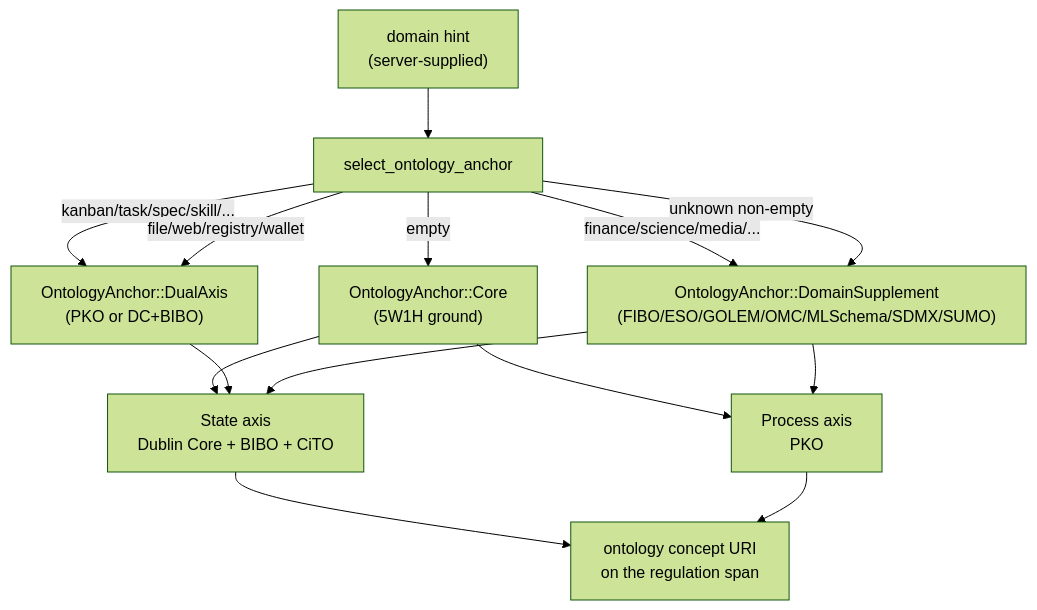
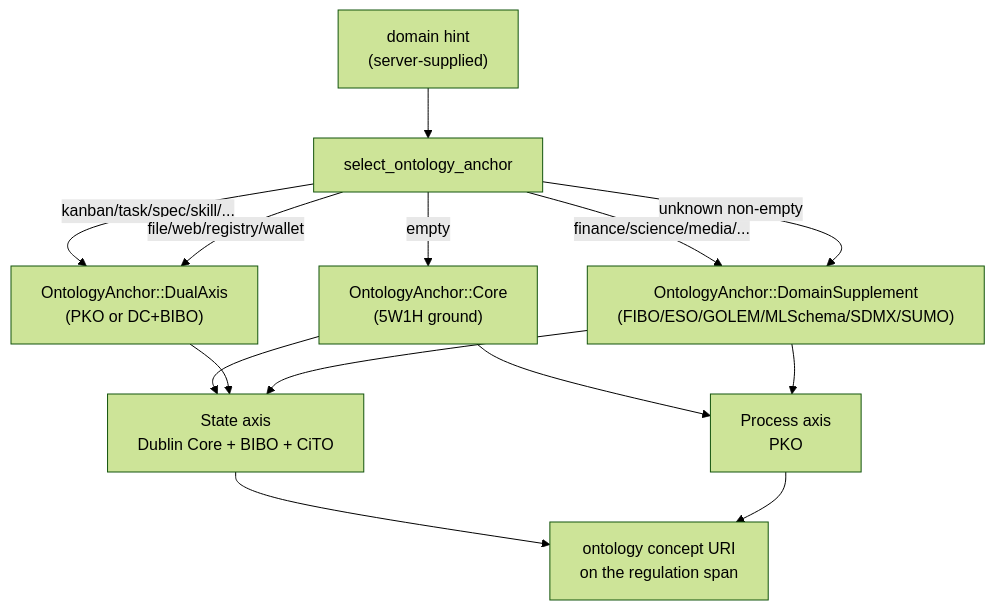
The diagram in kask/docs/diataxis/hkask-bridge-ontology/how-to.md (mdz-axo/zed-kask), drawn with Mermaid (forest theme) before and after one commit. The commit also changed other lines of this file and 22 other files, not shown here.

Commit message:
``` Remove OMC ontology and media widget, add condenser axis ```

````diff
--- a/kask/docs/diataxis/hkask-bridge-ontology/how-to.md
+++ b/kask/docs/diataxis/hkask-bridge-ontology/how-to.md
@@ -28,25 +28,25 @@
 ```mermaid
 graph TD
     Hint["domain hint<br/>(server-supplied)"]
     Sel["select_ontology_anchor"]
     Core["OntologyAnchor::Core<br/>(5W1H ground)"]
     Dual["OntologyAnchor::DualAxis<br/>(PKO or DC+BIBO)"]
-    Supp["OntologyAnchor::DomainSupplement<br/>(FIBO/ESO/GOLEM/OMC/MLSchema/SDMX/SUMO)"]
+    Supp["OntologyAnchor::DomainSupplement<br/>(FIBO/ESO/GOLEM/MLSchema/SDMX/SUMO)"]
     State["State axis<br/>Dublin Core + BIBO + CiTO"]
     Proc["Process axis<br/>PKO"]
     Tag["ontology concept URI<br/>on the regulation span"]
 
     Hint --> Sel
     Sel -->|"empty"| Core
     Sel -->|"kanban/task/spec/skill/..."| Dual
     Sel -->|"file/web/registry/wallet"| Dual
     Sel -->|"finance/science/media/..."| Supp
     Sel -->|"unknown non-empty"| Supp
     Core --> State
     Core --> Proc
     Dual --> State
     Supp --> State
     Supp --> Proc
     State --> Tag
     Proc --> Tag
 ```
````
